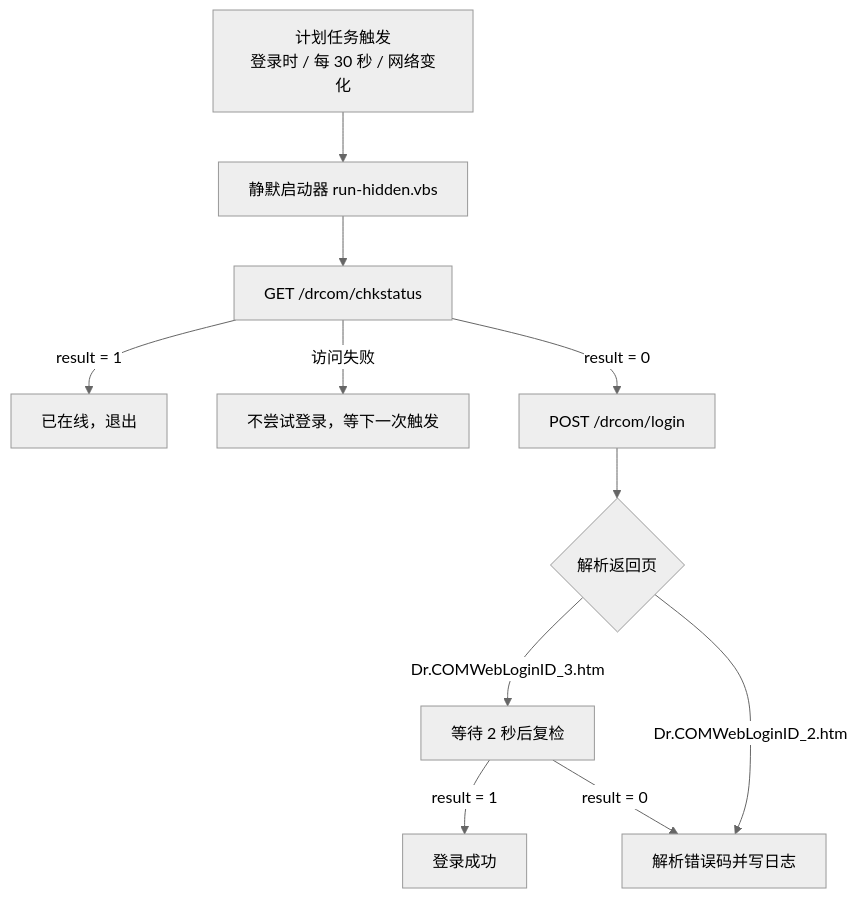
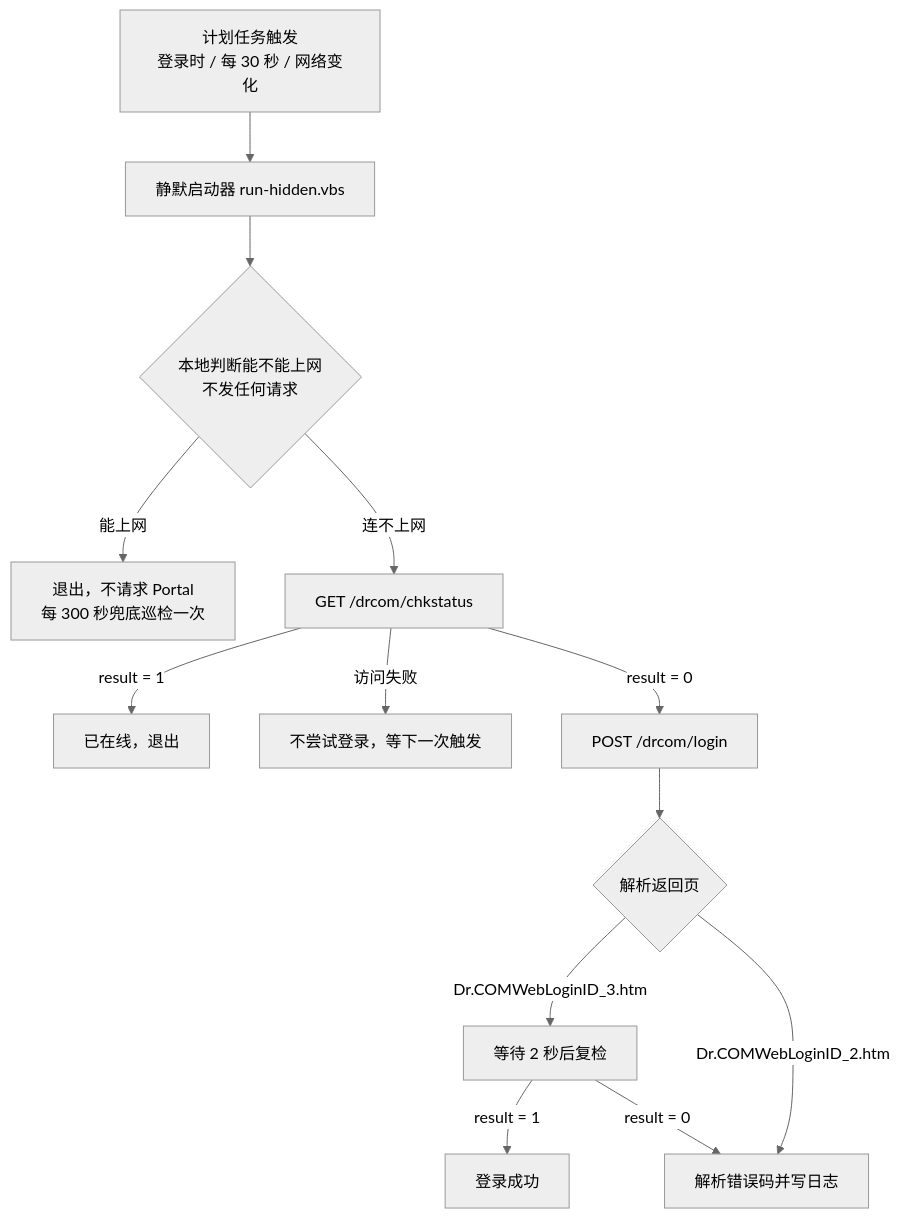
One commit to pvxacct/campus-network-auto-login changed the diagram in README.md. Above: the diagram before and after it, drawn with Mermaid (neutral theme). The commit also changed other lines of this file and 5 other files, not shown here.

````diff
--- a/README.md
+++ b/README.md
@@ -28,13 +28,15 @@
 ```mermaid
 flowchart TD
     A[计划任务触发<br/>登录时 / 每 30 秒 / 网络变化] --> B[静默启动器 run-hidden.vbs]
-    B --> C[GET /drcom/chkstatus]
+    B --> B2{本地判断能不能上网<br/>不发任何请求}
+    B2 -- 能上网 --> B3[退出，不请求 Portal<br/>每 300 秒兜底巡检一次]
+    B2 -- 连不上网 --> C[GET /drcom/chkstatus]
     C -- result = 1 --> D[已在线，退出]
     C -- 访问失败 --> E[不尝试登录，等下一次触发]
     C -- result = 0 --> F[POST /drcom/login]
     F --> G{解析返回页}
     G -- Dr.COMWebLoginID_3.htm --> H[等待 2 秒后复检]
     G -- Dr.COMWebLoginID_2.htm --> I[解析错误码并写日志]
     H -- result = 1 --> J[登录成功]
     H -- result = 0 --> I
 ```
````
